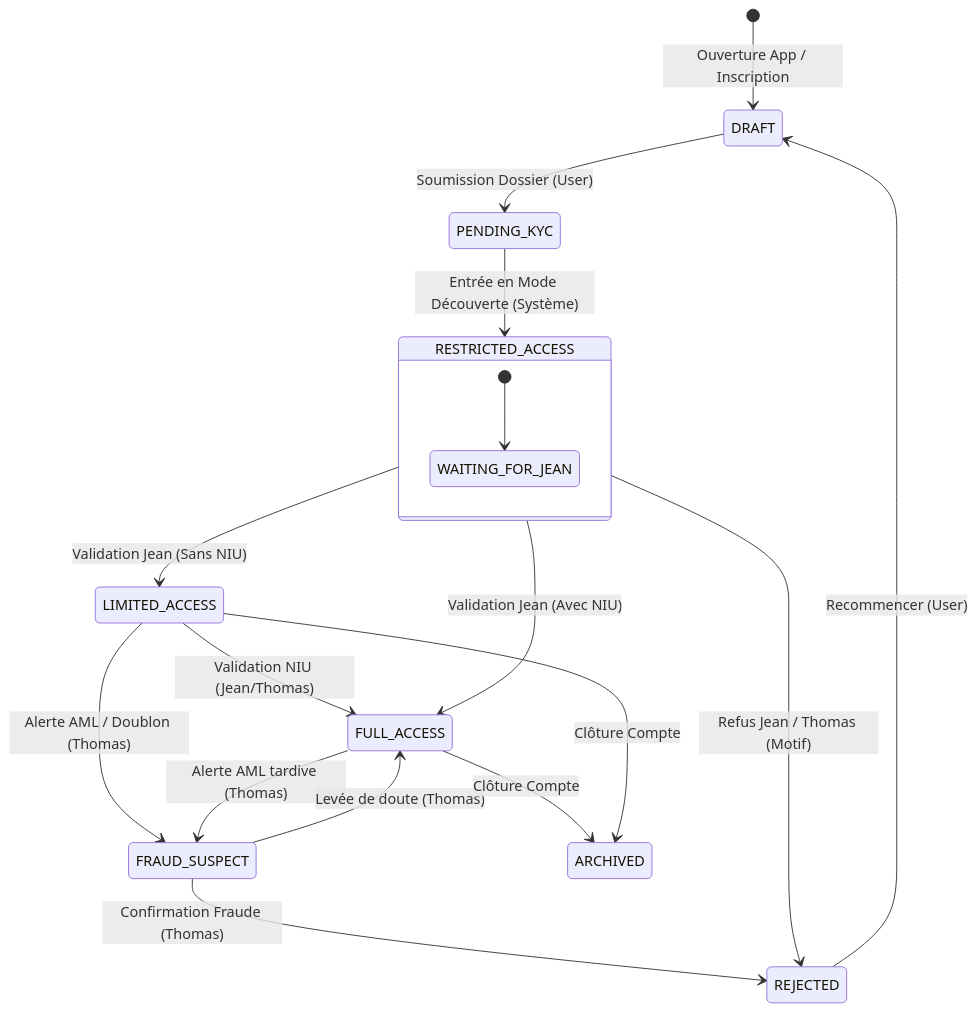
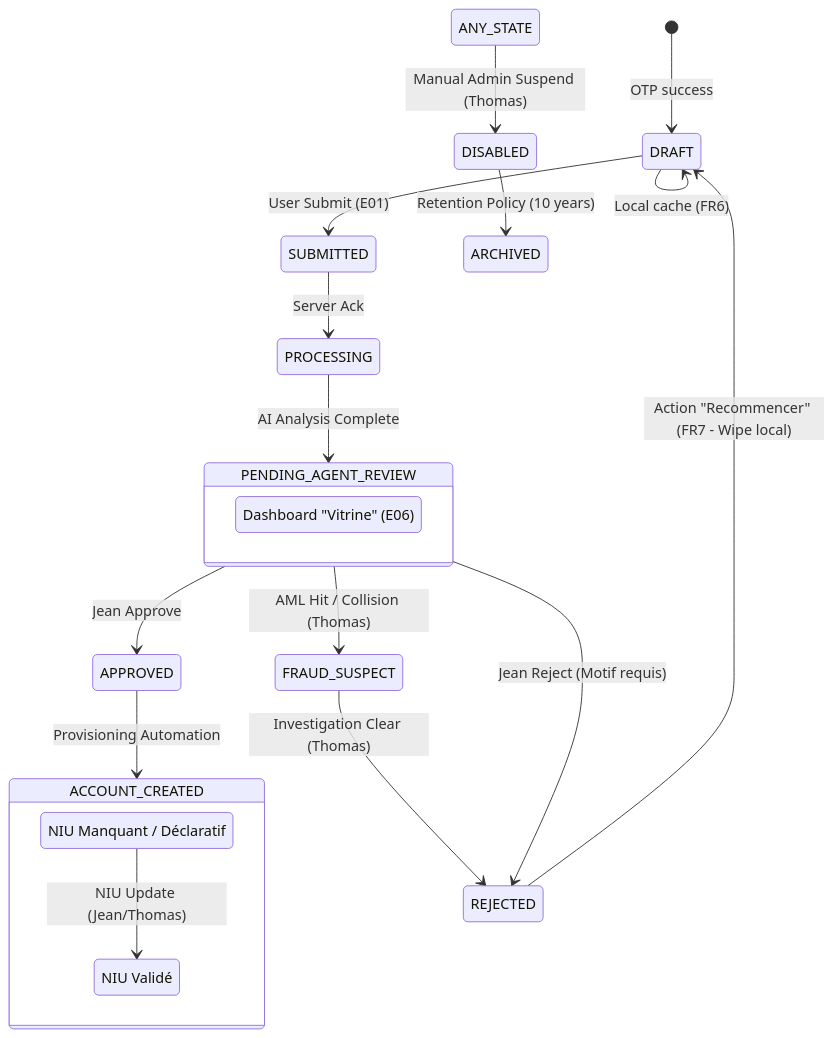
The diagram in docs/adr/ADR-001-etats-acces-transitions.md (Ken-Andre/bicec-veripass), drawn with Mermaid before and after one commit. The commit also changed other lines of this file and 1 other file, not shown here.

Commit message:
docs: Add ADR-001 defining access states and transitions, and refine project documentation regarding Core Banking integration and IBU mock API.

````diff
--- a/docs/adr/ADR-001-etats-acces-transitions.md
+++ b/docs/adr/ADR-001-etats-acces-transitions.md
@@ -32,26 +30,32 @@
 ```mermaid
 stateDiagram-v2
-    [*] --> DRAFT : Ouverture App / Inscription
-    DRAFT --> PENDING_KYC : Soumission Dossier (User)
-    PENDING_KYC --> RESTRICTED_ACCESS : Entrée en Mode Découverte (Système)
+    [*] --> DRAFT : OTP success
+    DRAFT --> DRAFT : Local cache (FR6)
+    DRAFT --> SUBMITTED : User Submit (E01)
     
-    state RESTRICTED_ACCESS {
-        [*] --> WAITING_FOR_JEAN
+    SUBMITTED --> PROCESSING : Server Ack
+    PROCESSING --> PENDING_AGENT_REVIEW : AI Analysis Complete
+    
+    state PENDING_AGENT_REVIEW {
+        RESTRICTED_ACCESS : Dashboard "Vitrine" (E06)
+    }
+
+    PENDING_AGENT_REVIEW --> APPROVED : Jean Approve
+    PENDING_AGENT_REVIEW --> REJECTED : Jean Reject (Motif requis)
+    PENDING_AGENT_REVIEW --> FRAUD_SUSPECT : AML Hit / Collision (Thomas)
+
+    APPROVED --> ACCOUNT_CREATED : Provisioning Automation
+    
+    state ACCOUNT_CREATED {
+        LIMITED_ACCESS : NIU Manquant / Déclaratif
+        FULL_ACCESS : NIU Validé
     }
     
-    RESTRICTED_ACCESS --> LIMITED_ACCESS : Validation Jean (Sans NIU)
-    RESTRICTED_ACCESS --> FULL_ACCESS : Validation Jean (Avec NIU)
-    RESTRICTED_ACCESS --> REJECTED : Refus Jean / Thomas (Motif)
+    LIMITED_ACCESS --> FULL_ACCESS : NIU Update (Jean/Thomas)
     
-    LIMITED_ACCESS --> FULL_ACCESS : Validation NIU (Jean/Thomas)
+    REJECTED --> DRAFT : Action "Recommencer" (FR7 - Wipe local)
+    FRAUD_SUSPECT --> REJECTED : Investigation Clear (Thomas)
     
-    LIMITED_ACCESS --> FRAUD_SUSPECT : Alerte AML / Doublon (Thomas)
-    FULL_ACCESS --> FRAUD_SUSPECT : Alerte AML tardive (Thomas)
-    
-    FRAUD_SUSPECT --> REJECTED : Confirmation Fraude (Thomas)
-    FRAUD_SUSPECT --> FULL_ACCESS : Levée de doute (Thomas)
-    
-    REJECTED --> DRAFT : Recommencer (User)
-    FULL_ACCESS --> ARCHIVED : Clôture Compte
-    LIMITED_ACCESS --> ARCHIVED : Clôture Compte
+    ANY_STATE --> DISABLED : Manual Admin Suspend (Thomas)
+    DISABLED --> ARCHIVED : Retention Policy (10 years)
 ```
````
